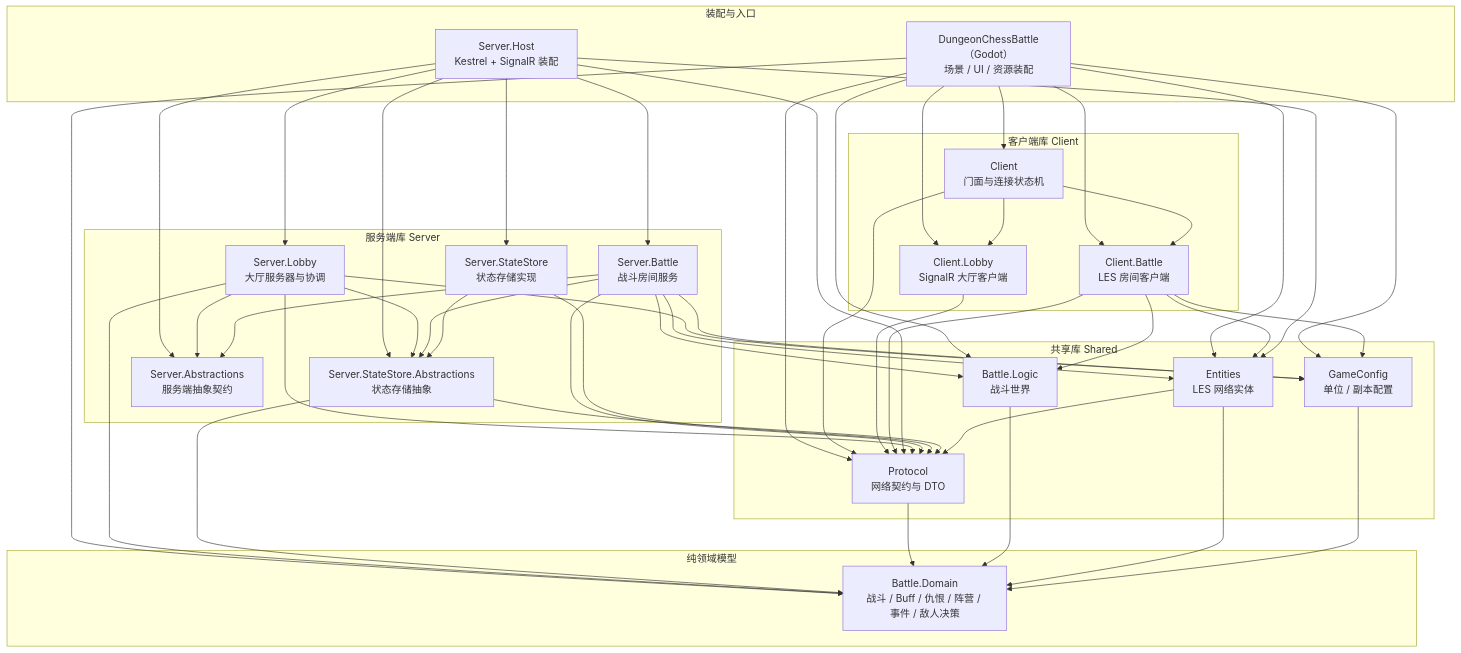
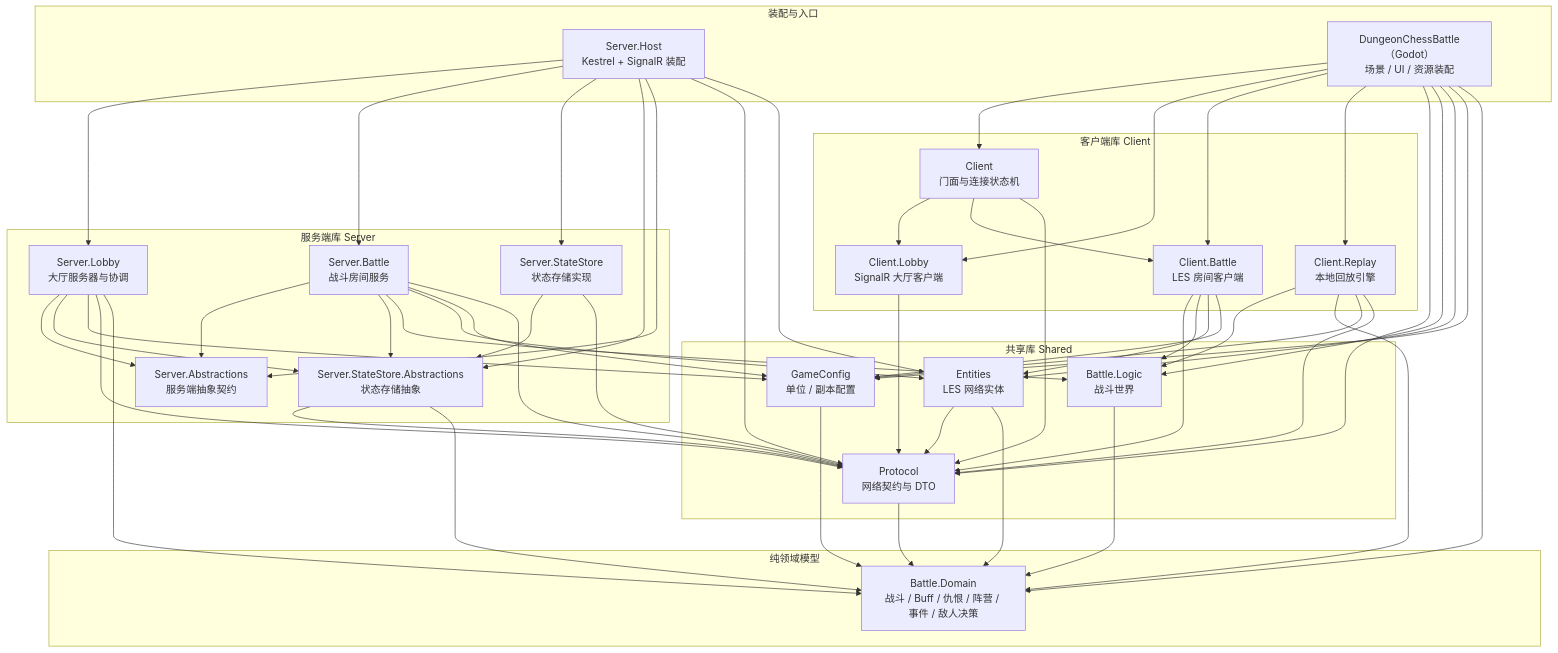
One commit to DrMelt/dungeon_chess_battle changed the diagram in docs/architecture.md. Above: the diagram before and after it, drawn with Mermaid. The commit also changed other lines of this file and 12 other files, not shown here.

Commit message:
文档与注释收敛：回放契约入 Protocol、Client.Replay 边界文档、架构图更新

```diff
--- a/docs/architecture.md
+++ b/docs/architecture.md
@@ -19,6 +19,7 @@
         Client["Client<br>门面与连接状态机"]
         LobbyClient["Client.Lobby<br>SignalR 大厅客户端"]
         BattleClient["Client.Battle<br>LES 房间客户端"]
+        ReplayClient["Client.Replay<br>本地回放引擎"]
     end
 
     subgraph ServerLayer["服务端库 Server"]
@@ -43,6 +44,7 @@
     Godot --> Client
     Godot --> LobbyClient
     Godot --> BattleClient
+    Godot --> ReplayClient
     Godot --> Protocol
     Godot --> Logic
     Godot --> Entities
@@ -57,6 +59,10 @@
     BattleClient --> Logic
     BattleClient --> Entities
     BattleClient --> GameConfig
+    ReplayClient --> Logic
+    ReplayClient --> Domain
+    ReplayClient --> GameConfig
+    ReplayClient --> Protocol
 
     Host --> LobbySrv
     Host --> BattleSrv
```
